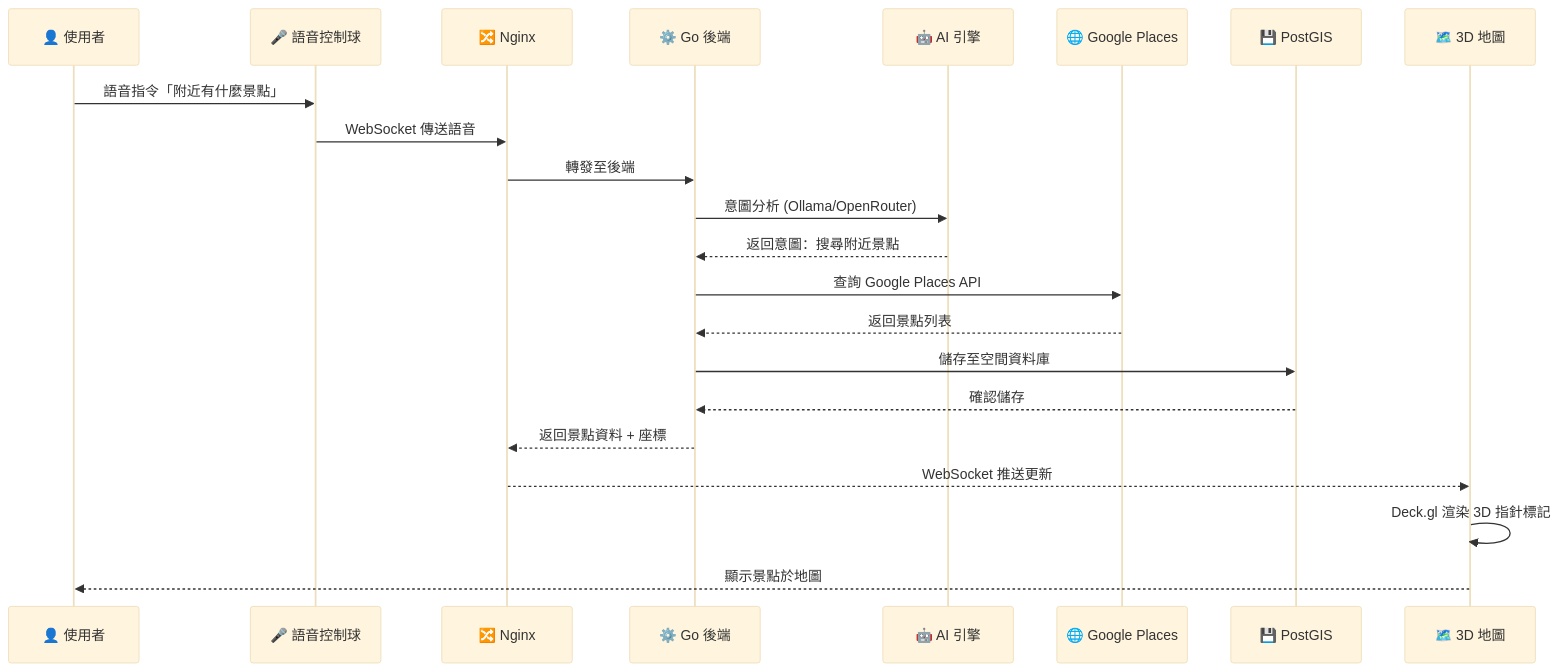
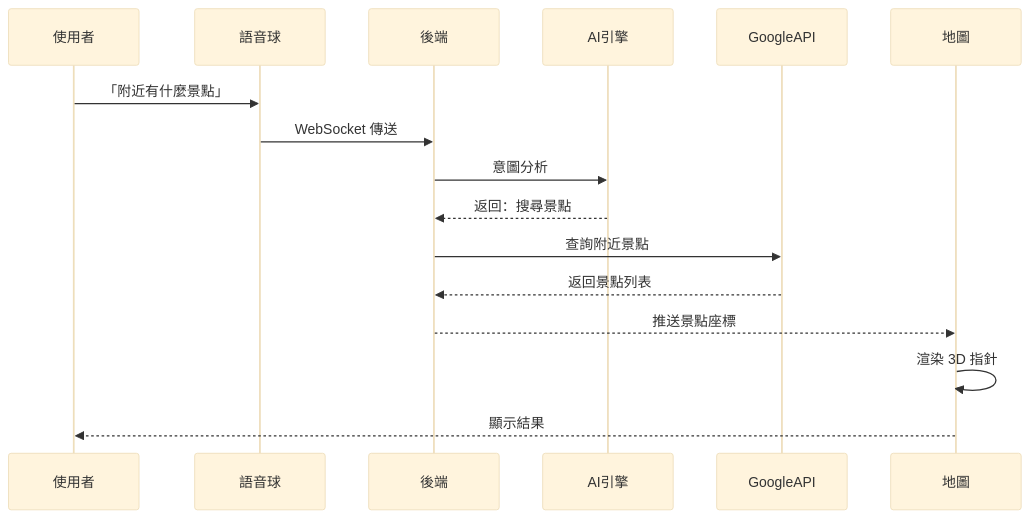
One commit to yes1688/smartmap-platform changed the second of 2 diagrams in README.md. Above: the diagram before and after it, drawn with Mermaid (base theme). The commit also changed other lines of this file and 1 other file, not shown here.

````diff
--- a/README.md
+++ b/README.md
@@ -148,25 +79,19 @@
 ```mermaid
 sequenceDiagram
-    participant U as 👤 使用者
-    participant V as 🎤 語音控制球
-    participant N as 🔀 Nginx
-    participant B as ⚙️ Go 後端
-    participant AI as 🤖 AI 引擎
-    participant G as 🌐 Google Places
-    participant D as 💾 PostGIS
-    participant M as 🗺️ 3D 地圖
+    participant 使用者
+    participant 語音球
+    participant 後端
+    participant AI引擎
+    participant GoogleAPI
+    participant 地圖
 
-    U->>V: 語音指令「附近有什麼景點」
-    V->>N: WebSocket 傳送語音
-    N->>B: 轉發至後端
-    B->>AI: 意圖分析 (Ollama/OpenRouter)
-    AI-->>B: 返回意圖：搜尋附近景點
-    B->>G: 查詢 Google Places API
-    G-->>B: 返回景點列表
-    B->>D: 儲存至空間資料庫
-    D-->>B: 確認儲存
-    B-->>N: 返回景點資料 + 座標
-    N-->>M: WebSocket 推送更新
-    M->>M: Deck.gl 渲染 3D 指針標記
-    M-->>U: 顯示景點於地圖
+    使用者->>語音球: 「附近有什麼景點」
+    語音球->>後端: WebSocket 傳送
+    後端->>AI引擎: 意圖分析
+    AI引擎-->>後端: 返回：搜尋景點
+    後端->>GoogleAPI: 查詢附近景點
+    GoogleAPI-->>後端: 返回景點列表
+    後端-->>地圖: 推送景點座標
+    地圖->>地圖: 渲染 3D 指針
+    地圖-->>使用者: 顯示結果
 ```
````
